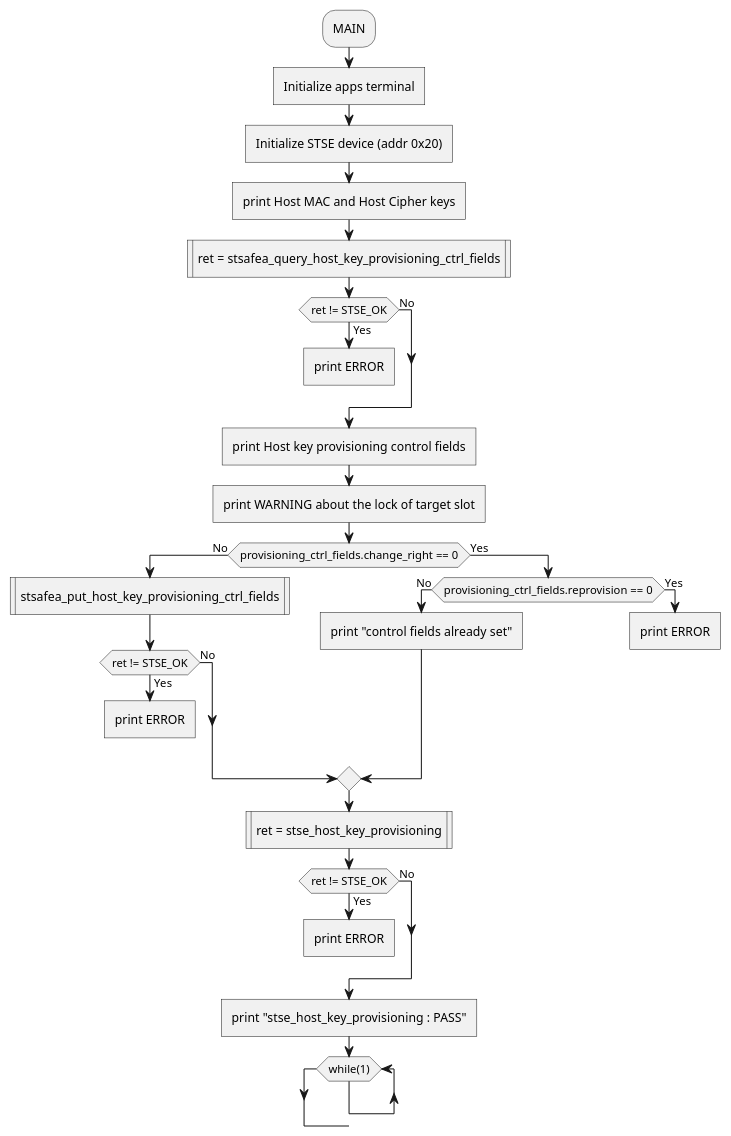
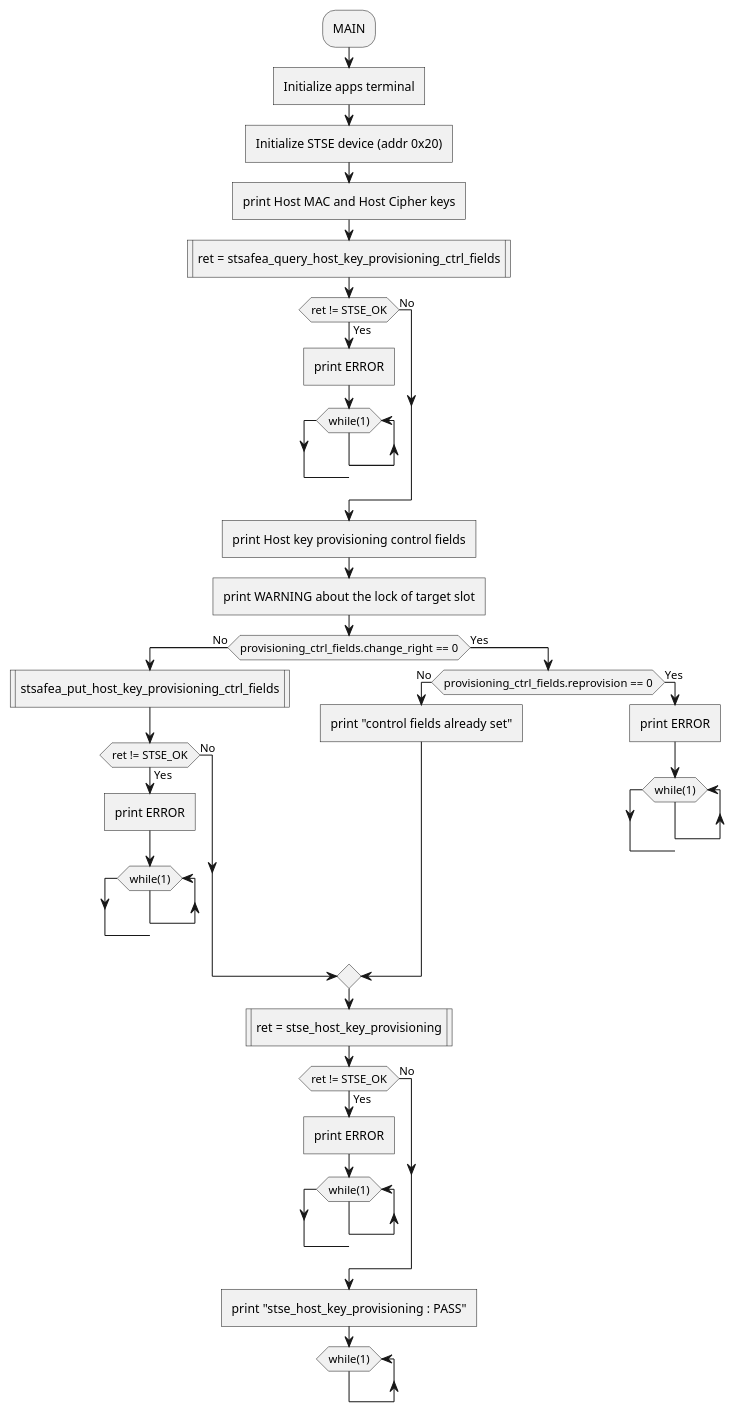
Before and after one commit to Grom-perso/STSAFE-A120_examples_dev: the diagram in Documentation/resources/Markdown/03_Project_examples_description/Host_key_provisioning/STSAFE-A120_Host_key_provisioning.md, drawn with PlantUML. The commit also changed 54 other files, not shown here.

```diff
--- a/Documentation/resources/Markdown/03_Project_examples_description/Host_key_provisioning/STSAFE-A120_Host_key_provisioning.md
+++ b/Documentation/resources/Markdown/03_Project_examples_description/Host_key_provisioning/STSAFE-A120_Host_key_provisioning.md
@@ -10,39 +10,48 @@
-@startuml{STSAFE-A120_Host_key_provisioning.png} "STSAFE-A120_Host_key_provisioning Example flowchart" width=5cm
+@startuml "STSAFE-A120_Host_key_provisioning Example flowchart" width=5cm
 	:MAIN;
 	:Initialize apps terminal]
 	:Initialize STSE device (addr 0x20)]
 	:print Host MAC and Host Cipher keys]
 	:ret = stsafea_query_host_key_provisioning_ctrl_fields|
 	if(ret != STSE_OK) then (No)
 	else (Yes)
 		:print ERROR]
+		while (while(1))
+		end while
 		-[hidden]-> detach
 	endif
 	:print Host key provisioning control fields]
 	:print WARNING about the lock of target slot]
 	if(provisioning_ctrl_fields.change_right == 0) then (No)
 		:stsafea_put_host_key_provisioning_ctrl_fields|
 		if(ret != STSE_OK) then (No)
 		else (Yes)
 			:print ERROR]
+			while (while(1))
+			end while
 			-[hidden]-> detach
 		endif
 	else (Yes)
 		if(provisioning_ctrl_fields.reprovision == 0) then (No)
 			:print "control fields already set"]
 		else (Yes)
 			:print ERROR]
+			while (while(1))
+			end while
 			-[hidden]-> detach
 		endif
 	endif
 	:ret = stse_host_key_provisioning|
 	if(ret != STSE_OK) then (No)
 	else (Yes)
 		:print ERROR]
+		while (while(1))
+		end while
 		-[hidden]-> detach
 	endif
 	:print "stse_host_key_provisioning : PASS"]
 	while (while(1))
 	end while
-	-[hidden]-> detach
+	-[hidden]->
+	detach
 @enduml
```
